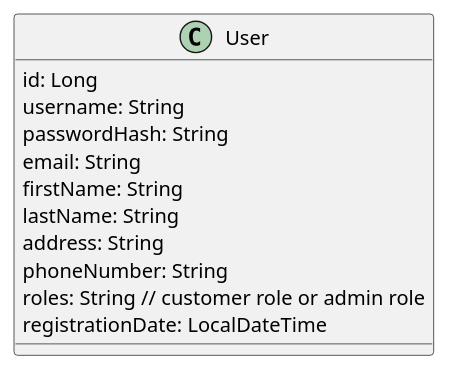
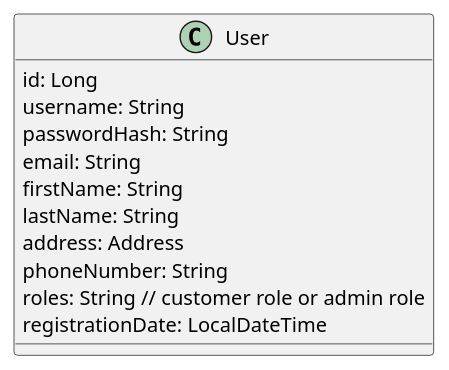
The diagram in src/main/resources/classDiagrams/User.puml (thegoddo/ECommerce), drawn with PlantUML before and after one commit. The commit also changed 1 other file, not shown here.

Commit message:
Updated address Variable.

```diff
--- a/src/main/resources/classDiagrams/User.puml
+++ b/src/main/resources/classDiagrams/User.puml
@@ -1,14 +1,14 @@
 @startuml
 class User {
     id: Long
     username: String
     passwordHash: String
     email: String
     firstName: String
     lastName: String
-    address: String
+    address: Address
     phoneNumber: String
     roles: String // customer role or admin role
     registrationDate: LocalDateTime
 }
 @enduml
```
